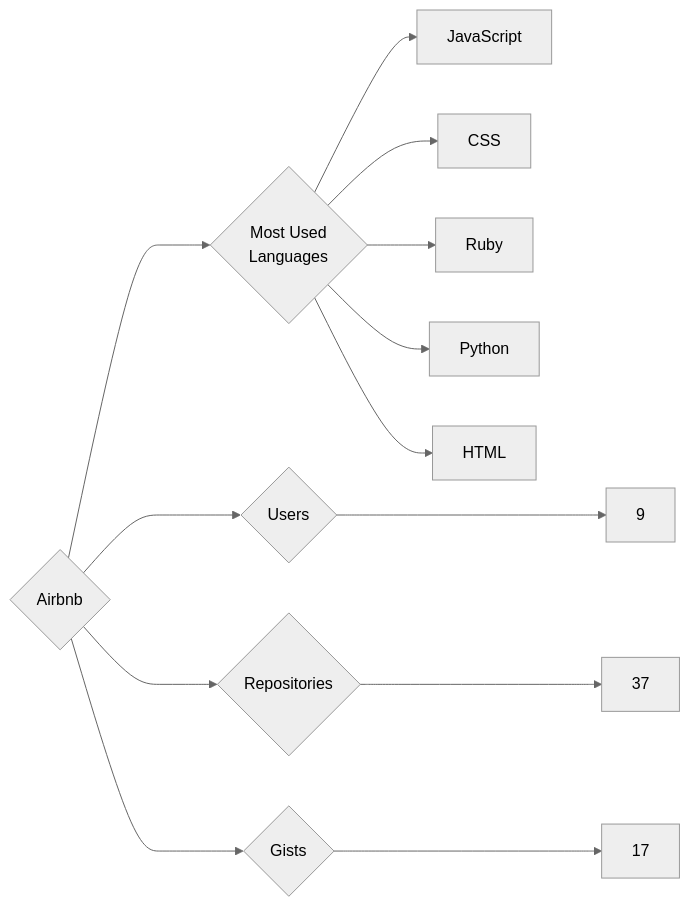
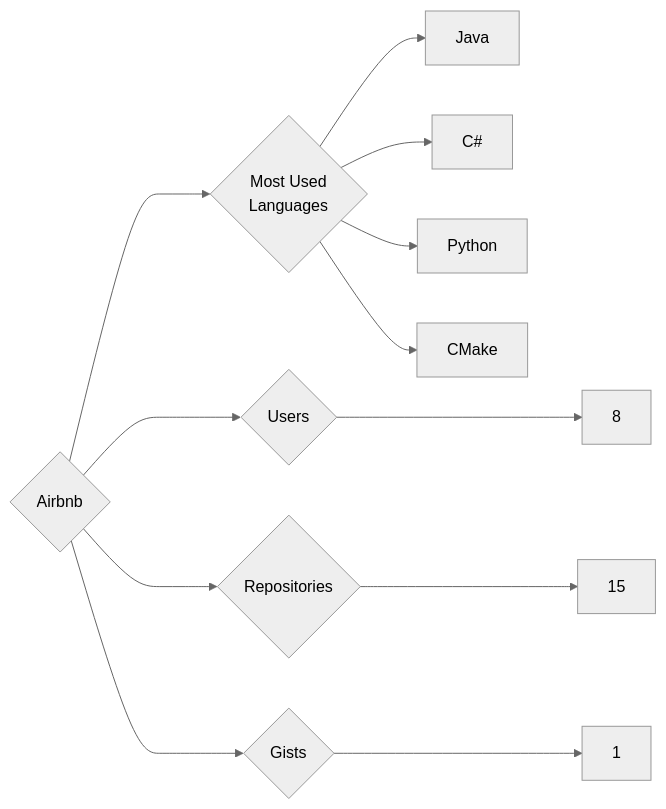
Before and after one commit to trickest/insiders: the diagram in targets/Airbnb/README.md, drawn with Mermaid (neutral theme). The commit also changed 1212 other files, not shown here.

````diff
--- a/targets/Airbnb/README.md
+++ b/targets/Airbnb/README.md
@@ -3,13 +3,12 @@
 ```mermaid
 graph LR
 COMPANY_NAME{Airbnb}
-COMPANY_NAME ---> U{Users} ---> UN[9]
-COMPANY_NAME ---> R{Repositories} ---> RN[37]
-COMPANY_NAME ---> G{Gists} ---> GN[17]
+COMPANY_NAME ---> U{Users} ---> UN[8]
+COMPANY_NAME ---> R{Repositories} ---> RN[15]
+COMPANY_NAME ---> G{Gists} ---> GN[1]
 COMPANY_NAME ---> ML{Most Used<br>Languages}
-ML --> JavaScript[JavaScript]
-ML --> CSS[CSS]
-ML --> Ruby[Ruby]
+ML --> Java[Java]
+ML --> C#[C#]
 ML --> Python[Python]
-ML --> HTML[HTML]
+ML --> CMake[CMake]
 ```
````
